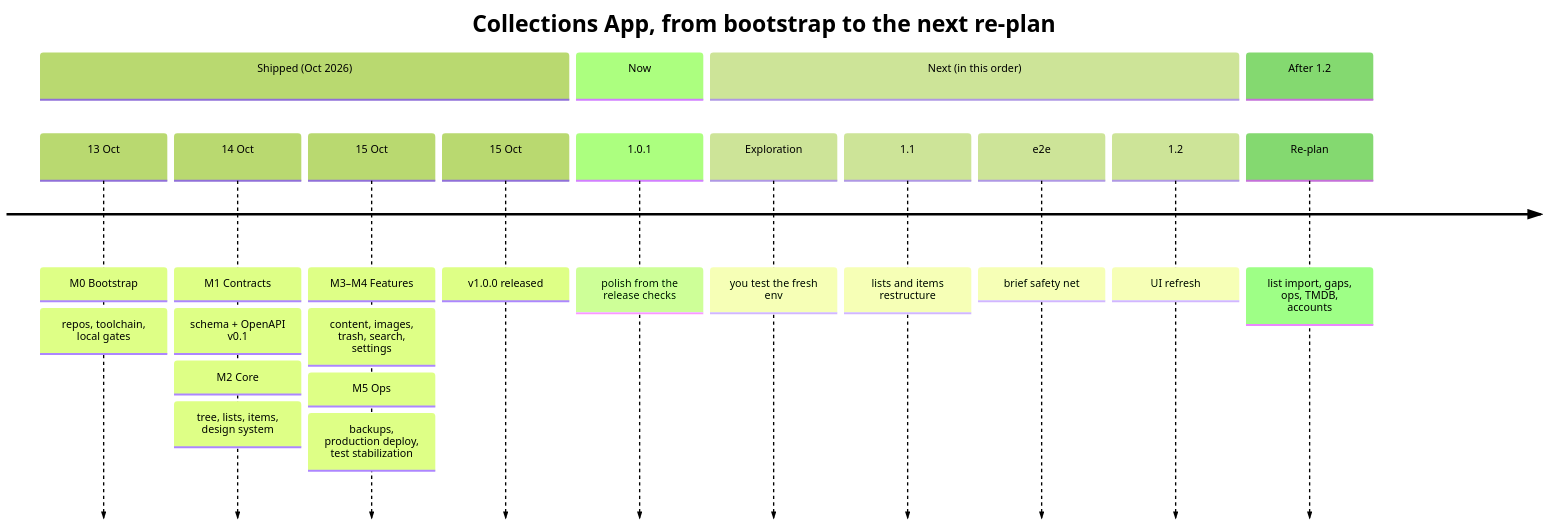
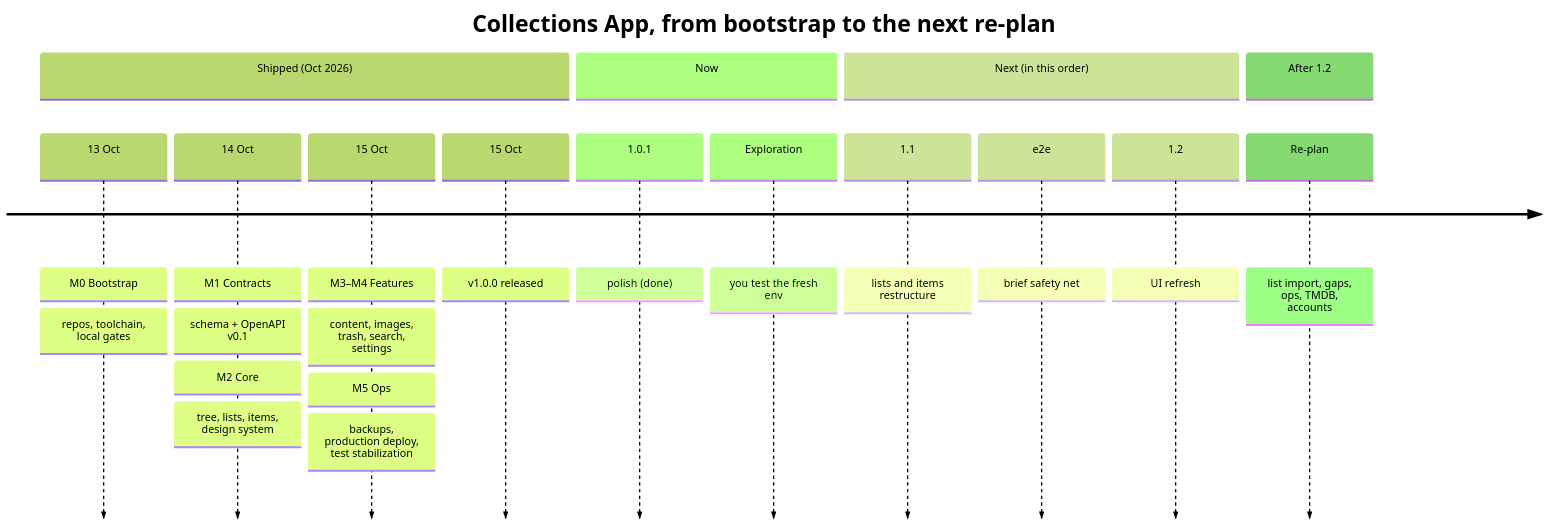
The first of 2 diagrams in ROADMAP.md (0xfederama/collections-app), drawn with Mermaid (forest theme) before and after one commit. The commit also changed other lines of this file and 1 other file, not shown here.

Commit message:
docs(roadmap): F-006 done, exploration session is Now

````diff
--- a/ROADMAP.md
+++ b/ROADMAP.md
@@ -42,20 +42,20 @@
 ```mermaid
 timeline
     title Collections App, from bootstrap to the next re-plan
     section Shipped (Oct 2026)
         13 Oct : M0 Bootstrap : repos, toolchain, local gates
         14 Oct : M1 Contracts : schema + OpenAPI v0.1
                : M2 Core : tree, lists, items, design system
         15 Oct : M3–M4 Features : content, images, trash, search, settings
                : M5 Ops : backups, production deploy, test stabilization
         15 Oct : v1.0.0 released
     section Now
-        1.0.1 : polish from the release checks
+        1.0.1 : polish (done)
+        Exploration : you test the fresh env
     section Next (in this order)
-        Exploration : you test the fresh env
         1.1 : lists and items restructure
         e2e : brief safety net
         1.2 : UI refresh
     section After 1.2
         Re-plan : list import, gaps, ops, TMDB, accounts
 ```
````
